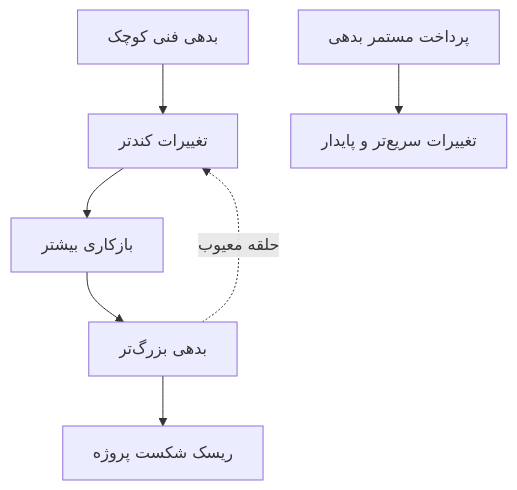
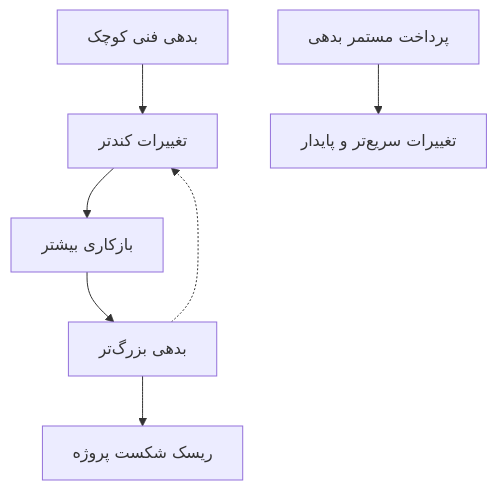
One commit to manp/software-engineering-course changed the second of 2 diagrams in sessions/0-intro/01-technical-debt.md. Above: the diagram before and after it, drawn with Mermaid. The commit also changed other lines of this file and 3 other files, not shown here.

Commit message:
رفع خطای رندر Mermaid: جایگزینی quadrantChart با SVG چهارگانه بدهی فنی + ایمن‌سازی نمودارهای دیگر

````diff
--- a/sessions/0-intro/01-technical-debt.md
+++ b/sessions/0-intro/01-technical-debt.md
@@ -84,9 +72,9 @@
 ```mermaid
 flowchart TD
     A[بدهی فنی کوچک] --> B[تغییرات کندتر]
     B --> C[بازکاری بیشتر]
     C --> D[بدهی بزرگ‌تر]
     D --> E[ریسک شکست پروژه]
-    D -.حلقه معیوب.-> B
+    D -.-> B
     F[پرداخت مستمر بدهی] --> G[تغییرات سریع‌تر و پایدار]
 ```
````
